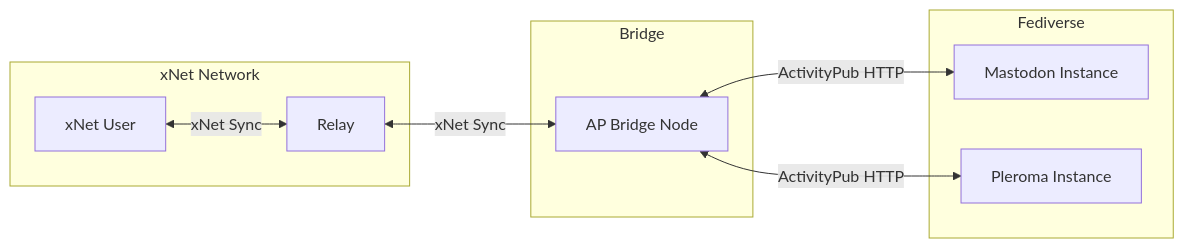
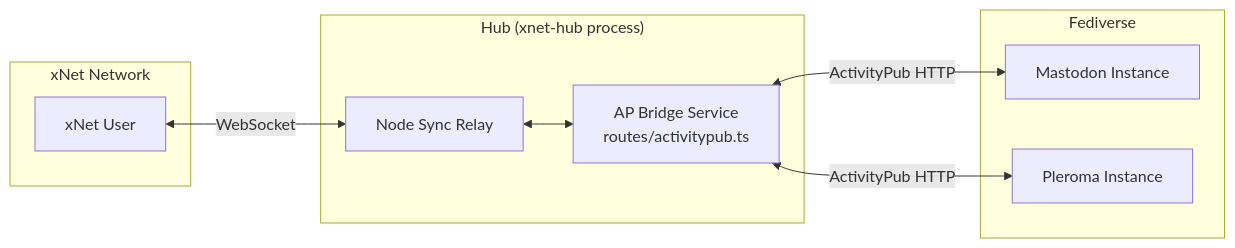
Before and after one commit to crs48/xNet: the ninth of 11 diagrams in docs/explorations/MASTODON_SOCIAL_NETWORKING.md, drawn with Mermaid. The commit also changed other lines of this file, not shown here.

Commit message:
docs(explorations): integrate Hub infrastructure into social networking exploration

````diff
--- a/docs/explorations/MASTODON_SOCIAL_NETWORKING.md
+++ b/docs/explorations/MASTODON_SOCIAL_NETWORKING.md
@@ -460,21 +721,21 @@
 ```mermaid
 graph LR
     subgraph "xNet Network"
         A[xNet User]
-        R[Relay]
     end
 
-    subgraph "Bridge"
-        B[AP Bridge Node]
+    subgraph "Hub (xnet-hub process)"
+        NR[Node Sync Relay]
+        APB[AP Bridge Service<br/>routes/activitypub.ts]
+        NR <--> APB
     end
 
     subgraph "Fediverse"
         M[Mastodon Instance]
         P[Pleroma Instance]
     end
 
-    A <-->|xNet Sync| R
-    R <-->|xNet Sync| B
-    B <-->|ActivityPub HTTP| M
-    B <-->|ActivityPub HTTP| P
+    A <-->|WebSocket| NR
+    APB <-->|ActivityPub HTTP| M
+    APB <-->|ActivityPub HTTP| P
 ```
````
